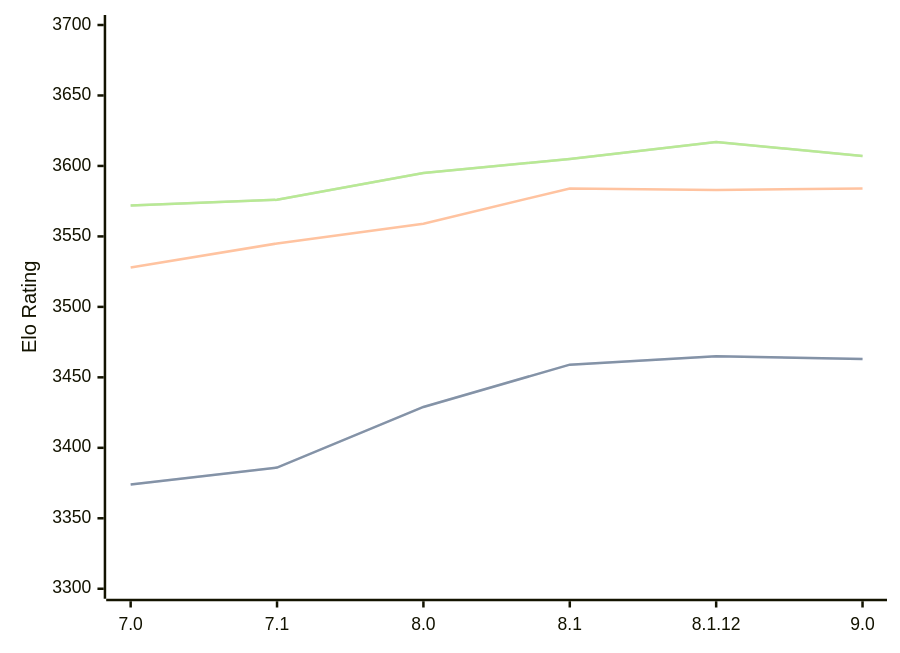
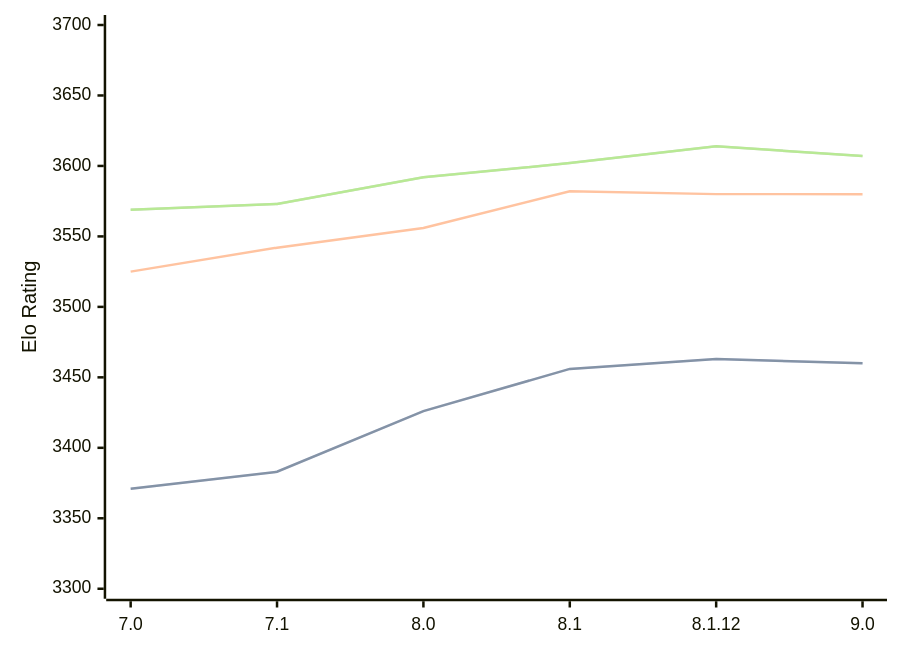
One commit to computer-chess-index/cci changed the diagram in engines/Alexandria.md. Above: the diagram before and after it, drawn with Mermaid. The commit also changed other lines of this file, not shown here.

Commit message:
Update CCI Ratings (ELO VLTC) - 2026-03-10

````diff
--- a/engines/Alexandria.md
+++ b/engines/Alexandria.md
@@ -53,11 +53,11 @@
 ```mermaid
 %%{init: {"theme":"base","themeVariables":{"seriesColors:['#a3a3a3','#222221','#faa371']}}}%%
 xychart-beta
   x-axis ["7.0", "7.1", "8.0", "8.1", "8.1.12", "9.0"]
   y-axis "Elo Rating" 3300 --> 3700
-  line "STC (8.0+0.08s)" [3374, 3386, 3429, 3459, 3465, 3463]
-  line "STC (8.0+0.08s)" [3374, 3386, 3429, 3459, 3465, 3463]
-  line "LTC (60.0+0.60s)" [3528, 3545, 3559, 3584, 3583, 3584]
-  line "VLTC (2m24s+1.12s)" [3572, 3576, 3595, 3605, 3617, 3607]
-  line "VLTC (2m24s+1.12s)" [3572, 3576, 3595, 3605, 3617, 3607]
+  line "STC (8.0+0.08s)" [3371, 3383, 3426, 3456, 3463, 3460]
+  line "STC (8.0+0.08s)" [3371, 3383, 3426, 3456, 3463, 3460]
+  line "LTC (60.0+0.60s)" [3525, 3542, 3556, 3582, 3580, 3580]
+  line "VLTC (2m24s+1.12s)" [3569, 3573, 3592, 3602, 3614, 3607]
+  line "VLTC (2m24s+1.12s)" [3569, 3573, 3592, 3602, 3614, 3607]
 ```
````
